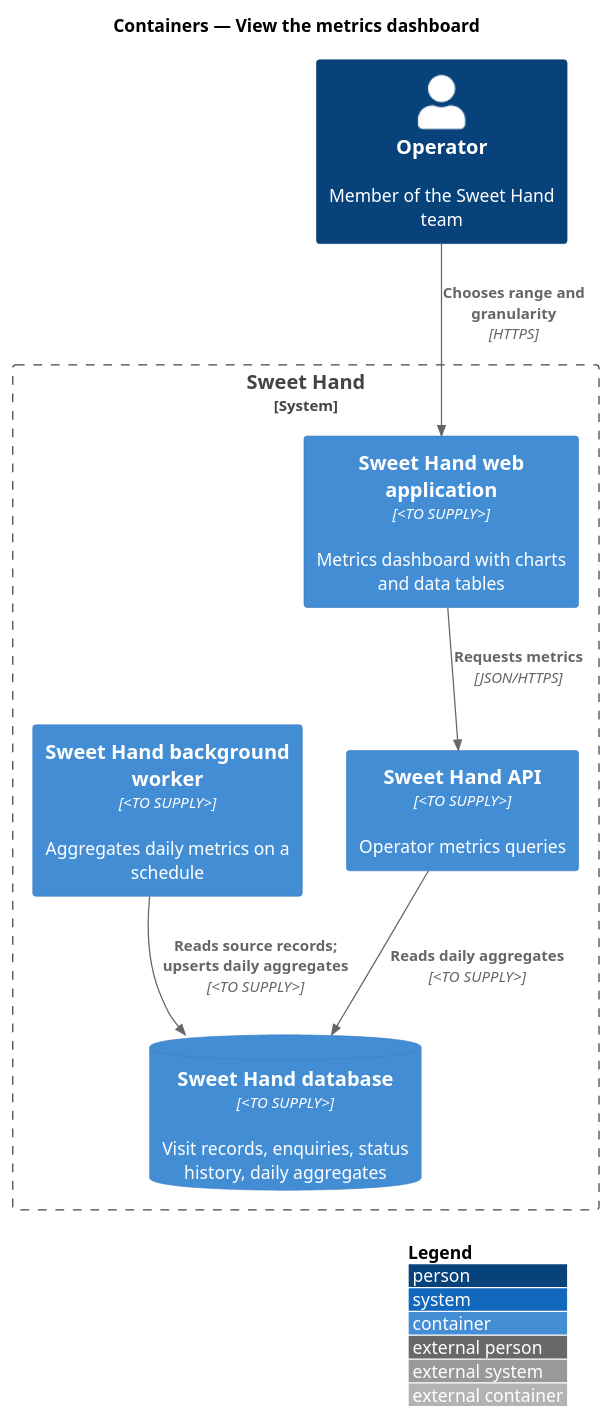
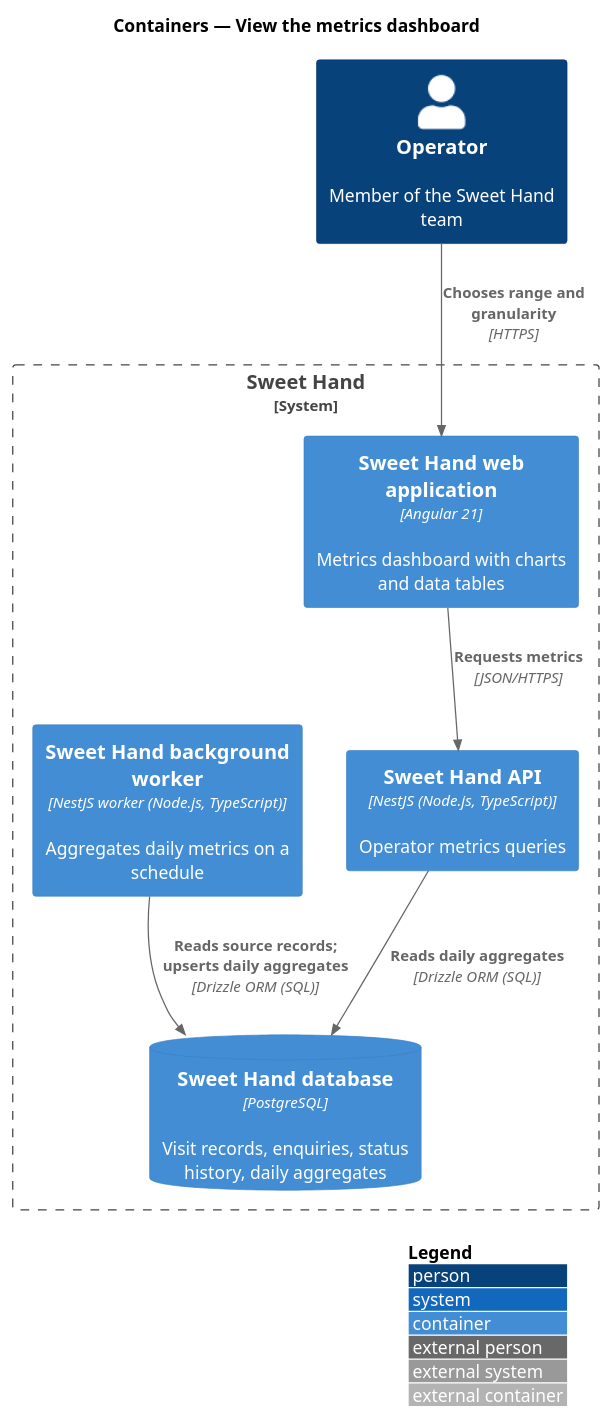
The diagram in docs/detailed-designs/metrics/view-metrics-dashboard/diagrams/c4-container.puml (QuinntyneBrown/sweet-hand), drawn with PlantUML before and after one commit. The commit also changed 14 other files, not shown here.

```diff
--- a/docs/detailed-designs/metrics/view-metrics-dashboard/diagrams/c4-container.puml
+++ b/docs/detailed-designs/metrics/view-metrics-dashboard/diagrams/c4-container.puml
@@ -1,17 +1,17 @@
 @startuml
 !include <C4/C4_Container>
 LAYOUT_WITH_LEGEND()
 title Containers — View the metrics dashboard
 
 Person(operator, "Operator", "Member of the Sweet Hand team")
 System_Boundary(sweethand, "Sweet Hand") {
-  Container(web, "Sweet Hand web application", "<TO SUPPLY>", "Metrics dashboard with charts and data tables")
-  Container(api, "Sweet Hand API", "<TO SUPPLY>", "Operator metrics queries")
-  Container(worker, "Sweet Hand background worker", "<TO SUPPLY>", "Aggregates daily metrics on a schedule")
-  ContainerDb(db, "Sweet Hand database", "<TO SUPPLY>", "Visit records, enquiries, status history, daily aggregates")
+  Container(web, "Sweet Hand web application", "Angular 21", "Metrics dashboard with charts and data tables")
+  Container(api, "Sweet Hand API", "NestJS (Node.js, TypeScript)", "Operator metrics queries")
+  Container(worker, "Sweet Hand background worker", "NestJS worker (Node.js, TypeScript)", "Aggregates daily metrics on a schedule")
+  ContainerDb(db, "Sweet Hand database", "PostgreSQL", "Visit records, enquiries, status history, daily aggregates")
 }
 Rel(operator, web, "Chooses range and granularity", "HTTPS")
 Rel(web, api, "Requests metrics", "JSON/HTTPS")
-Rel(api, db, "Reads daily aggregates", "<TO SUPPLY>")
-Rel(worker, db, "Reads source records; upserts daily aggregates", "<TO SUPPLY>")
+Rel(api, db, "Reads daily aggregates", "Drizzle ORM (SQL)")
+Rel(worker, db, "Reads source records; upserts daily aggregates", "Drizzle ORM (SQL)")
 @enduml
```
